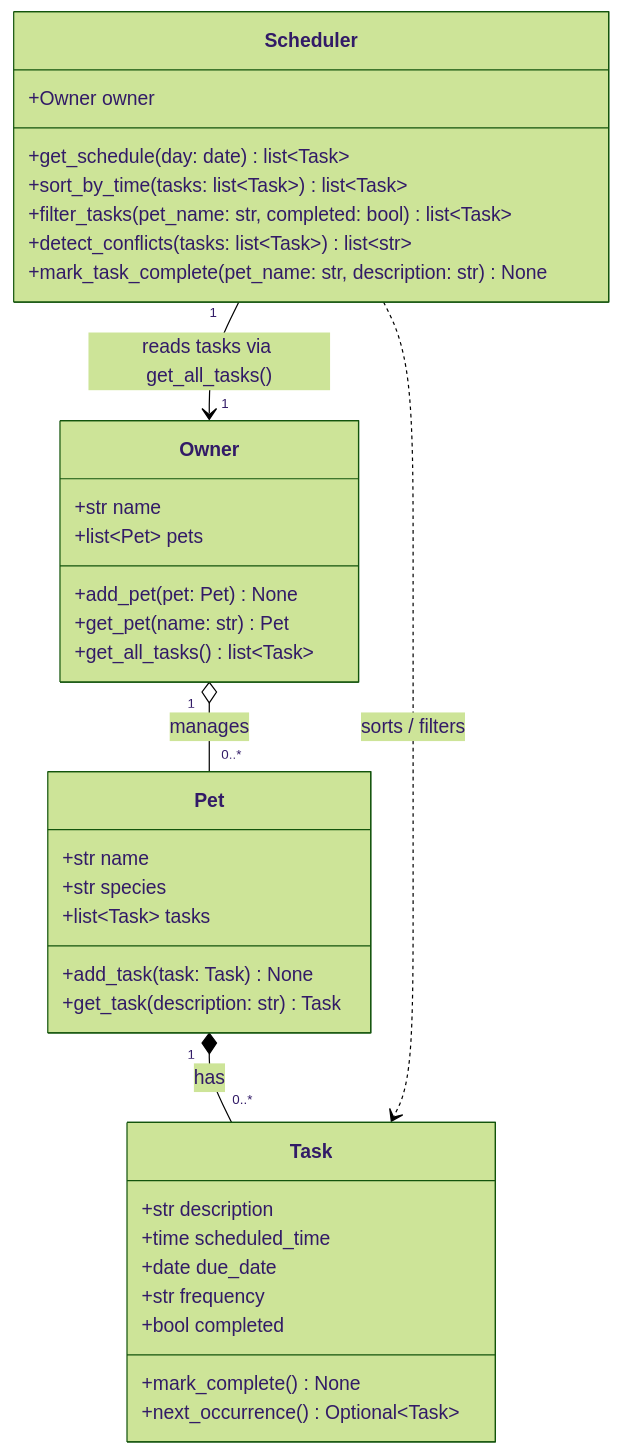
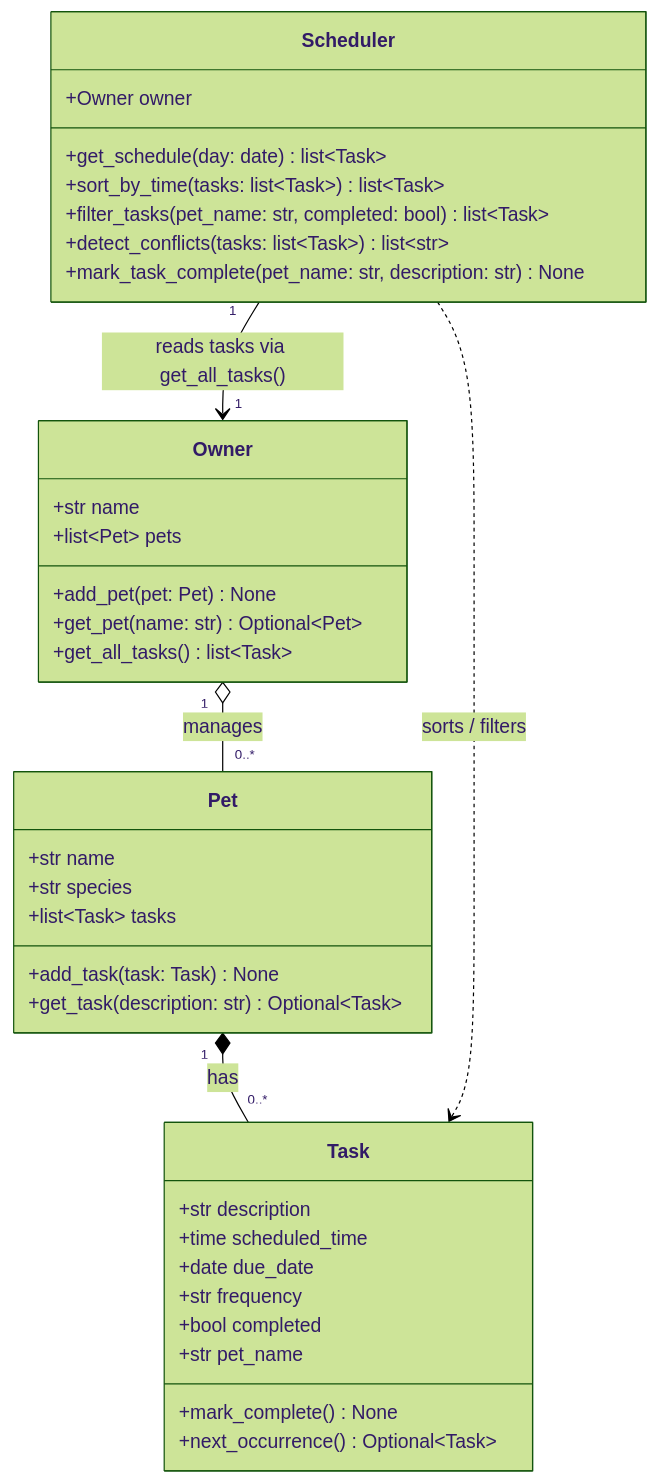
The diagram in diagrams/uml_draft.mmd (dikshyant3/ai110-module2show-pawpal-starter), drawn with Mermaid (forest theme) before and after one commit. The commit also changed 6 other files, not shown here.

```diff
--- a/diagrams/uml_draft.mmd
+++ b/diagrams/uml_draft.mmd
@@ -1,42 +1,43 @@
 classDiagram
     %% PawPal+ draft UML design
 
     class Owner {
         +str name
         +list~Pet~ pets
         +add_pet(pet: Pet) None
-        +get_pet(name: str) Pet
+        +get_pet(name: str) Optional~Pet~
         +get_all_tasks() list~Task~
     }
 
     class Pet {
         +str name
         +str species
         +list~Task~ tasks
         +add_task(task: Task) None
-        +get_task(description: str) Task
+        +get_task(description: str) Optional~Task~
     }
 
     class Task {
         +str description
         +time scheduled_time
         +date due_date
         +str frequency
         +bool completed
+        +str pet_name
         +mark_complete() None
         +next_occurrence() Optional~Task~
     }
 
     class Scheduler {
         +Owner owner
         +get_schedule(day: date) list~Task~
         +sort_by_time(tasks: list~Task~) list~Task~
         +filter_tasks(pet_name: str, completed: bool) list~Task~
         +detect_conflicts(tasks: list~Task~) list~str~
         +mark_task_complete(pet_name: str, description: str) None
     }
 
     Owner "1" o-- "0..*" Pet : manages
     Pet "1" *-- "0..*" Task : has
     Scheduler "1" --> "1" Owner : reads tasks via get_all_tasks()
     Scheduler ..> Task : sorts / filters
```
